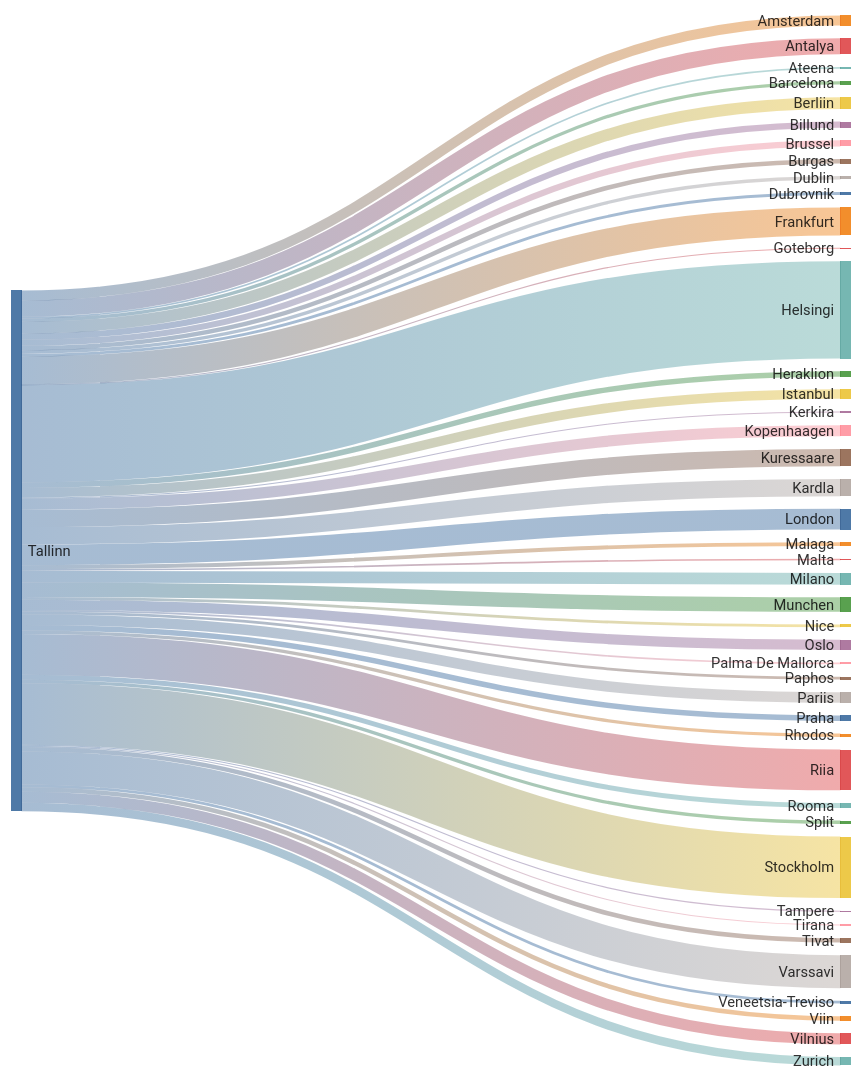
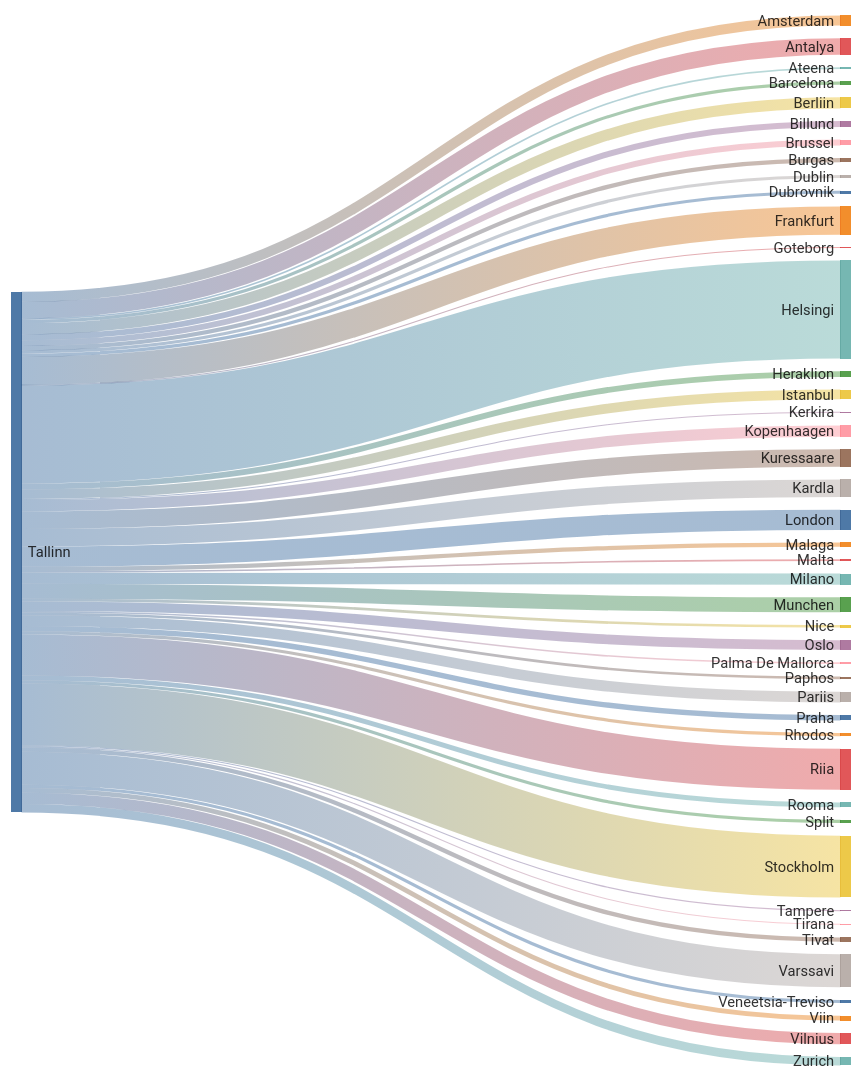
Before and after one commit to rainermesi/tll-airport-departures: the second of 2 diagrams in README.md, drawn with Mermaid. The commit also changed other lines of this file, not shown here.

````diff
--- a/README.md
+++ b/README.md
@@ -34,56 +34,56 @@
 ```mermaid
 ---
 config:
   sankey:
     showValues: false
     width: 800
     height: 1000
 ---
 sankey-beta
 %% source,target,value
-Tallinn,Amsterdam,18
-Tallinn,Antalya,29
+Tallinn,Amsterdam,19
+Tallinn,Antalya,31
 Tallinn,Ateena,3
 Tallinn,Barcelona,6
 Tallinn,Berliin,21
 Tallinn,Billund,11
 Tallinn,Brussel,11
 Tallinn,Burgas,8
 Tallinn,Dublin,6
-Tallinn,Dubrovnik,5
-Tallinn,Frankfurt,50
+Tallinn,Dubrovnik,6
+Tallinn,Frankfurt,53
 Tallinn,Goteborg,1
-Tallinn,Helsingi,174
-Tallinn,Heraklion,10
-Tallinn,Istanbul,17
+Tallinn,Helsingi,184
+Tallinn,Heraklion,11
+Tallinn,Istanbul,18
 Tallinn,Kerkira,2
-Tallinn,Kopenhaagen,20
-Tallinn,Kuressaare,31
-Tallinn,Kardla,31
-Tallinn,London,37
-Tallinn,Malaga,7
+Tallinn,Kopenhaagen,21
+Tallinn,Kuressaare,33
+Tallinn,Kardla,33
+Tallinn,London,38
+Tallinn,Malaga,8
 Tallinn,Malta,3
 Tallinn,Milano,21
-Tallinn,Munchen,26
+Tallinn,Munchen,28
 Tallinn,Nice,5
 Tallinn,Oslo,18
 Tallinn,Palma De Mallorca,3
 Tallinn,Paphos,5
-Tallinn,Pariis,19
+Tallinn,Pariis,20
 Tallinn,Praha,10
 Tallinn,Rhodos,6
-Tallinn,Riia,73
+Tallinn,Riia,77
 Tallinn,Rooma,9
 Tallinn,Split,6
-Tallinn,Stockholm,110
+Tallinn,Stockholm,116
 Tallinn,Tampere,2
 Tallinn,Tirana,2
 Tallinn,Tivat,8
-Tallinn,Varssavi,59
-Tallinn,Veneetsia-Treviso,5
-Tallinn,Viin,8
-Tallinn,Vilnius,20
-Tallinn,Zurich,15
+Tallinn,Varssavi,62
+Tallinn,Veneetsia-Treviso,6
+Tallinn,Viin,9
+Tallinn,Vilnius,21
+Tallinn,Zurich,16
 
 
 ```
````
